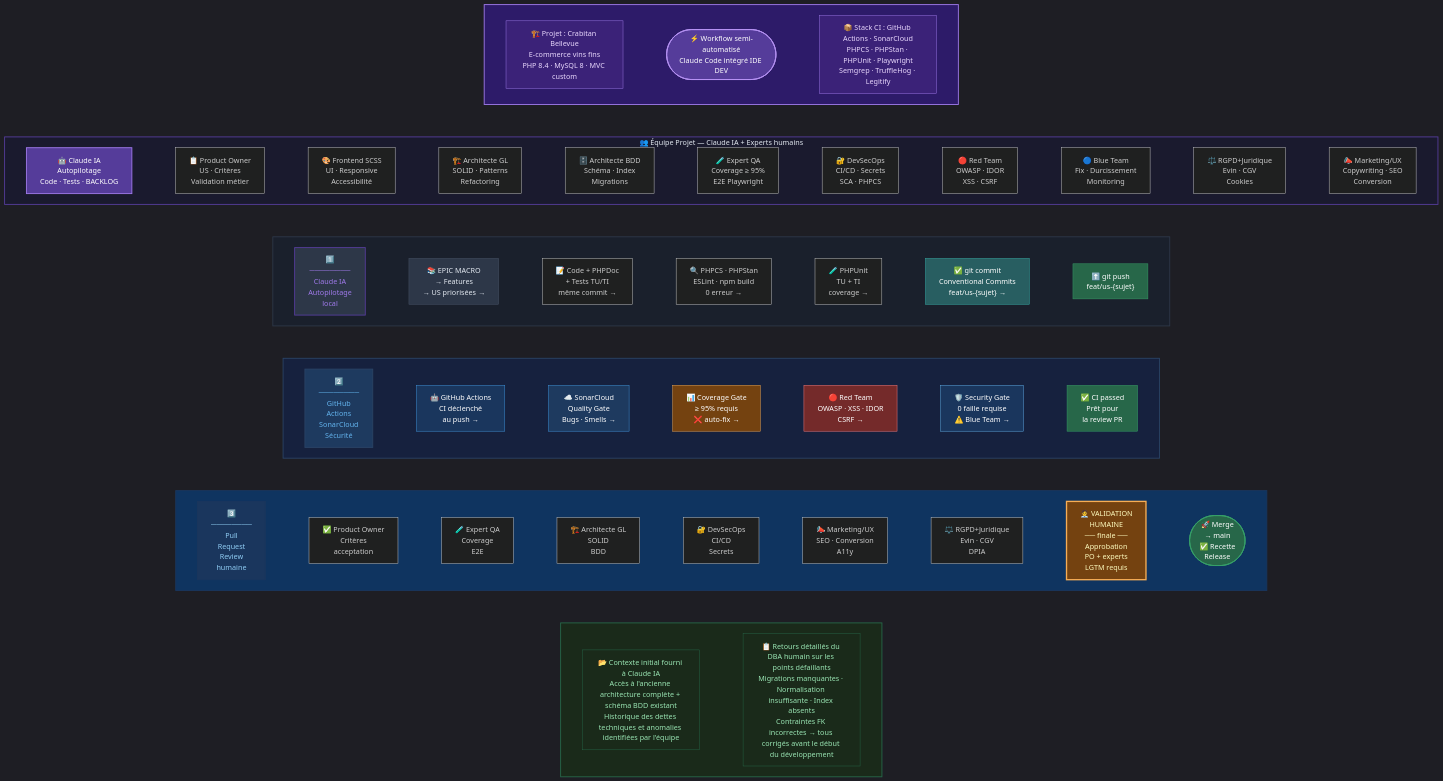
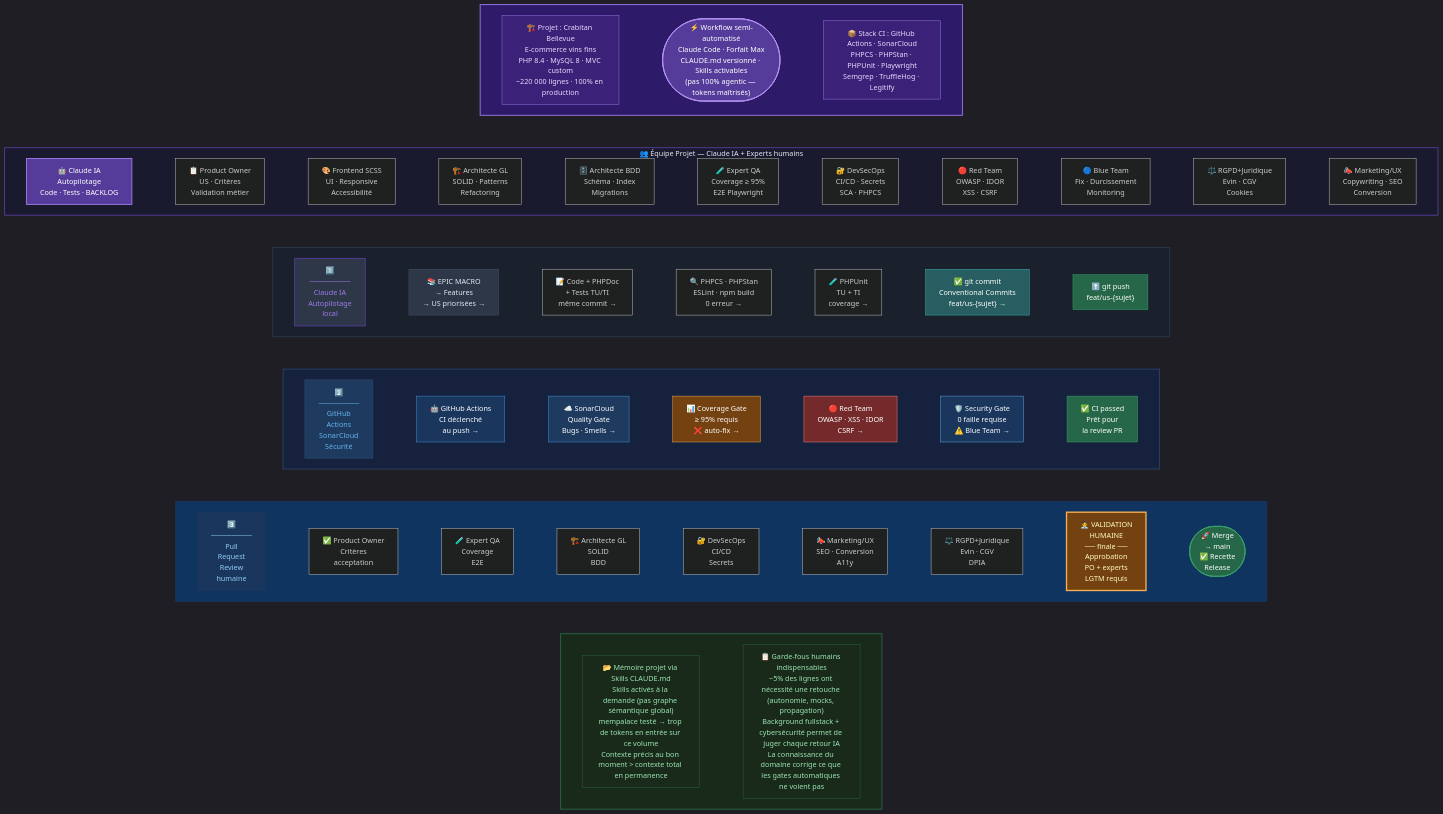
The diagram in docs/workflow.mmd (ApoSkunz/crabitan_bellevue), drawn with Mermaid before and after one commit. The commit also changed 2 other files, not shown here.

Commit message:
docs(workflow): update mmd/svg/png — 220K lignes, skills CLAUDE.md, semi-agentic
- TL: ajout ~220 000 lignes · 100% en production
- TC: Forfait Max · CLAUDE.md versionné · Skills activables · pas 100% agentic
- Footer: mempalace KO (trop de tokens) → skills à la demande
  + ~5% retouches, background fullstack+cyber comme garde-fou

```diff
--- a/docs/workflow.mmd
+++ b/docs/workflow.mmd
@@ -1,85 +1,85 @@
 %%{init: {'theme': 'dark', 'flowchart': {'rankSpacing': 72, 'nodeSpacing': 28, 'curve': 'basis'}}}%%
 flowchart TB
 
     %% ══════════════════════════════════════════════════════
     %% TITRE — 3 blocs pleine largeur
     %% ══════════════════════════════════════════════════════
     subgraph TITLEROW[" "]
         direction LR
-        TL["🏗️ Projet : Crabitan Bellevue\nE-commerce vins fins\nPHP 8.4 · MySQL 8 · MVC custom"] ~~~ TC(["⚡ Workflow semi-automatisé\nClaude Code intégré IDE DEV"]) ~~~ TR["📦 Stack CI : GitHub Actions · SonarCloud\nPHPCS · PHPStan · PHPUnit · Playwright\nSemgrep · TruffleHog · Legitify"]
+        TL["🏗️ Projet : Crabitan Bellevue\nE-commerce vins fins\nPHP 8.4 · MySQL 8 · MVC custom\n~220 000 lignes · 100% en production"] ~~~ TC(["⚡ Workflow semi-automatisé\nClaude Code · Forfait Max\nCLAUDE.md versionné · Skills activables\n(pas 100% agentic — tokens maîtrisés)"]) ~~~ TR["📦 Stack CI : GitHub Actions · SonarCloud\nPHPCS · PHPStan · PHPUnit · Playwright\nSemgrep · TruffleHog · Legitify"]
     end
 
     %% ══════════════════════════════════════════════════════
     %% LIGNE 1 — Équipe pleine largeur
     %% ══════════════════════════════════════════════════════
     subgraph TEAM["👥  Équipe Projet — Claude IA + Experts humains"]
         direction LR
         EA["🤖 Claude IA\nAutopilotage\nCode · Tests · BACKLOG"] ~~~ E1["📋 Product Owner\nUS · Critères\nValidation métier"] ~~~ E2["🎨 Frontend SCSS\nUI · Responsive\nAccessibilité"] ~~~ E3["🏗️ Architecte GL\nSOLID · Patterns\nRefactoring"] ~~~ E4["🗄️ Architecte BDD\nSchéma · Index\nMigrations"] ~~~ E5["🧪 Expert QA\nCoverage ≥ 95%\nE2E Playwright"] ~~~ E6["🔐 DevSecOps\nCI/CD · Secrets\nSCA · PHPCS"] ~~~ E7["🔴 Red Team\nOWASP · IDOR\nXSS · CSRF"] ~~~ E8["🔵 Blue Team\nFix · Durcissement\nMonitoring"] ~~~ E9["⚖️ RGPD+Juridique\nEvin · CGV\nCookies"] ~~~ E10["📣 Marketing/UX\nCopywriting · SEO\nConversion"]
     end
 
     %% ══════════════════════════════════════════════════════
     %% LIGNE 2 — Section 1
     %% ══════════════════════════════════════════════════════
     subgraph AP[" "]
         direction LR
         LAP["1️⃣\n────────\nClaude IA\nAutopilotage\nlocal"] ~~~ AP1["📚 EPIC MACRO\n→ Features\n→ US priorisées →"] ~~~ AP2["📝 Code + PHPDoc\n+ Tests TU/TI\nmême commit →"] ~~~ AP3["🔍 PHPCS · PHPStan\nESLint · npm build\n0 erreur →"] ~~~ AP4["🧪 PHPUnit\nTU + TI\ncoverage →"] ~~~ AP5["✅ git commit\nConventional Commits\nfeat/us-{sujet} →"] ~~~ AP6["⬆️ git push\nfeat/us-{sujet}"]
     end
 
     %% ══════════════════════════════════════════════════════
     %% LIGNE 3 — Section 2
     %% ══════════════════════════════════════════════════════
     subgraph CI[" "]
         direction LR
         LCI["2️⃣\n────────\nGitHub\nActions\nSonarCloud\nSécurité"] ~~~ CI1["🤖 GitHub Actions\nCI déclenché\nau push →"] ~~~ CI2["☁️ SonarCloud\nQuality Gate\nBugs · Smells →"] ~~~ CI3["📊 Coverage Gate\n≥ 95% requis\n❌ auto-fix →"] ~~~ CI4["🔴 Red Team\nOWASP · XSS · IDOR\nCSRF →"] ~~~ CI5["🛡️ Security Gate\n0 faille requise\n⚠️ Blue Team →"] ~~~ CI6["✅ CI passed\nPrêt pour\nla review PR"]
     end
 
     %% ══════════════════════════════════════════════════════
     %% LIGNE 4 — Section 3
     %% ══════════════════════════════════════════════════════
     subgraph REV[" "]
         direction LR
         LREV["3️⃣\n────────\nPull\nRequest\nReview\nhumaine"] ~~~ R1["✅ Product Owner\nCritères\nacceptation"] ~~~ R2["🧪 Expert QA\nCoverage\nE2E"] ~~~ R3["🏗️ Architecte GL\nSOLID\nBDD"] ~~~ R4["🔐 DevSecOps\nCI/CD\nSecrets"] ~~~ R5["📣 Marketing/UX\nSEO · Conversion\nA11y"] ~~~ R6["⚖️ RGPD+Juridique\nEvin · CGV\nDPIA"] ~~~ VALID["🧑‍💼 VALIDATION\nHUMAINE\n── finale ──\nApprobation\nPO + experts\nLGTM requis"] ~~~ MERGE(["🚀 Merge\n→ main\n✅ Recette\nRelease"])
     end
 
     %% ══════════════════════════════════════════════════════
     %% NOTE BAS DE PAGE — 2 blocs pleine largeur
     %% ══════════════════════════════════════════════════════
     subgraph NOTEROW[" "]
         direction LR
-        NL["📂 Contexte initial fourni à Claude IA\nAccès à l'ancienne architecture complète + schéma BDD existant\nHistorique des dettes techniques et anomalies identifiées par l'équipe"] ~~~ NR["📋 Retours détaillés du DBA humain sur les points défaillants\nMigrations manquantes · Normalisation insuffisante · Index absents\nContraintes FK incorrectes → tous corrigés avant le début du développement"]
+        NL["📂 Mémoire projet via Skills CLAUDE.md\nSkills activés à la demande (pas graphe sémantique global)\nmempalace testé → trop de tokens en entrée sur ce volume\nContexte précis au bon moment > contexte total en permanence"] ~~~ NR["📋 Garde-fous humains indispensables\n~5% des lignes ont nécessité une retouche (autonomie, mocks, propagation)\nBackground fullstack + cybersécurité permet de juger chaque retour IA\nLa connaissance du domaine corrige ce que les gates automatiques ne voient pas"]
     end
 
     %% ─── Structure verticale ──────────────────────────────
     TITLEROW ~~~ TEAM
     TEAM     ~~~ AP
     AP       ~~~ CI
     CI       ~~~ REV
     REV      ~~~ NOTEROW
 
     %% ─── Styles ───────────────────────────────────────────
     style TITLEROW fill:#2d1b69,color:#e9d8fd,stroke:#9f7aea,stroke-width:2px
     style TL    fill:#3b2278,color:#e9d8fd,stroke:#9f7aea,stroke-width:1px
     style TC    fill:#553c9a,color:#fff,stroke:#b794f4,stroke-width:2px
     style TR    fill:#3b2278,color:#e9d8fd,stroke:#9f7aea,stroke-width:1px
     style EA    fill:#553c9a,color:#fff,stroke:#9f7aea,stroke-width:2px
     style TEAM  fill:#1a1a2e,color:#e2e8f0,stroke:#553c9a,stroke-width:2px
     style AP    fill:#1a202c,color:#e2e8f0,stroke:#2d3748,stroke-width:2px
     style CI    fill:#16213e,color:#e2e8f0,stroke:#2a4365,stroke-width:2px
     style REV   fill:#0f3460,color:#e2e8f0,stroke:#1a365d,stroke-width:2px
     style LAP   fill:#2d3748,color:#9f7aea,stroke:#553c9a,stroke-width:2px
     style LCI   fill:#1e3a5f,color:#63b3ed,stroke:#2a4365,stroke-width:2px
     style LREV  fill:#1a365d,color:#90cdf4,stroke:#1a365d,stroke-width:2px
     style VALID fill:#744210,color:#fefcbf,stroke:#f6ad55,stroke-width:3px
     style MERGE fill:#276749,color:#fff,stroke:#38a169,stroke-width:2px
     style NOTEROW fill:#1a2a1a,color:#9ae6b4,stroke:#276749,stroke-width:2px
     style NL    fill:#1a2a1a,color:#9ae6b4,stroke:#276749,stroke-width:1px
     style NR    fill:#1a2a1a,color:#9ae6b4,stroke:#276749,stroke-width:1px
     style AP1   fill:#2d3748,color:#e2e8f0,stroke:#4a5568
     style AP5   fill:#285e61,color:#fff,stroke:#38b2ac
     style AP6   fill:#276749,color:#fff,stroke:#38a169
     style CI1   fill:#1a365d,color:#fff,stroke:#4299e1
     style CI2   fill:#1e3a5f,color:#fff,stroke:#4299e1
     style CI3   fill:#744210,color:#fff,stroke:#f6ad55
     style CI4   fill:#742a2a,color:#fff,stroke:#fc8181
     style CI5   fill:#1a365d,color:#fff,stroke:#63b3ed
     style CI6   fill:#276749,color:#fff,stroke:#38a169
```
